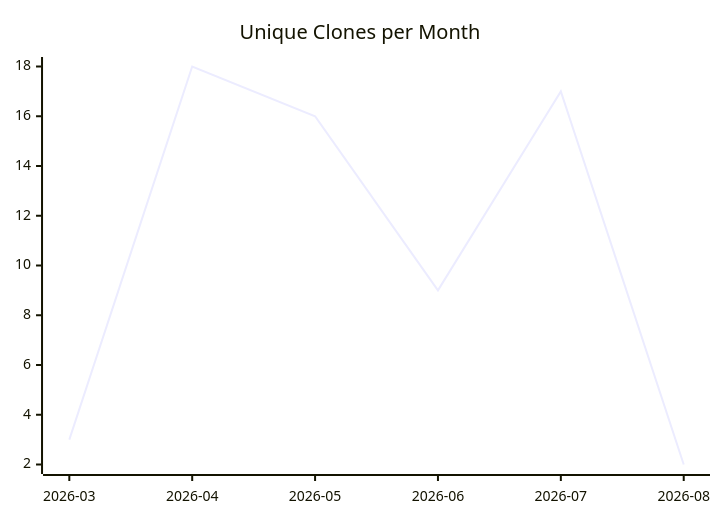
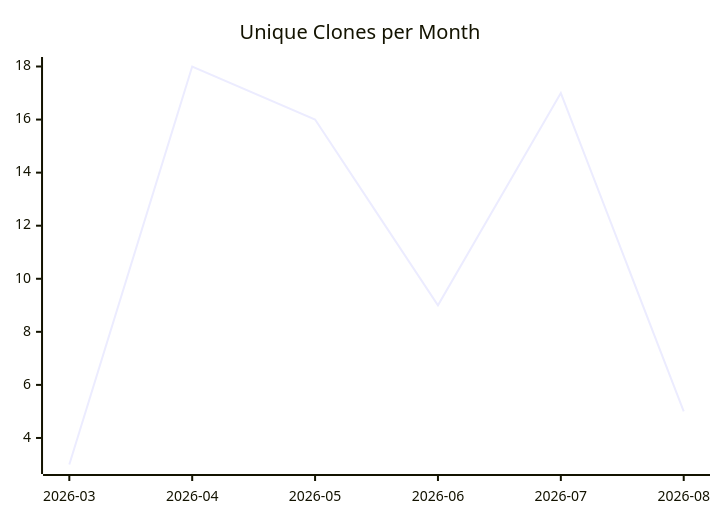
One commit to justdavis-family/github-analytics-data changed the third of 3 diagrams in karlmdavis/jessentials/README.md. Above: the diagram before and after it, drawn with Mermaid. The commit also changed other lines of this file and 174 other files, not shown here.

````diff
--- a/karlmdavis/jessentials/README.md
+++ b/karlmdavis/jessentials/README.md
@@ -19,6 +19,6 @@
 ```mermaid
 xychart-beta
   title "Unique Clones per Month"
   x-axis ["2026-03", "2026-04", "2026-05", "2026-06", "2026-07", "2026-08"]
-  line [3, 18, 16, 9, 17, 2]
+  line [3, 18, 16, 9, 17, 5]
 ```
````
